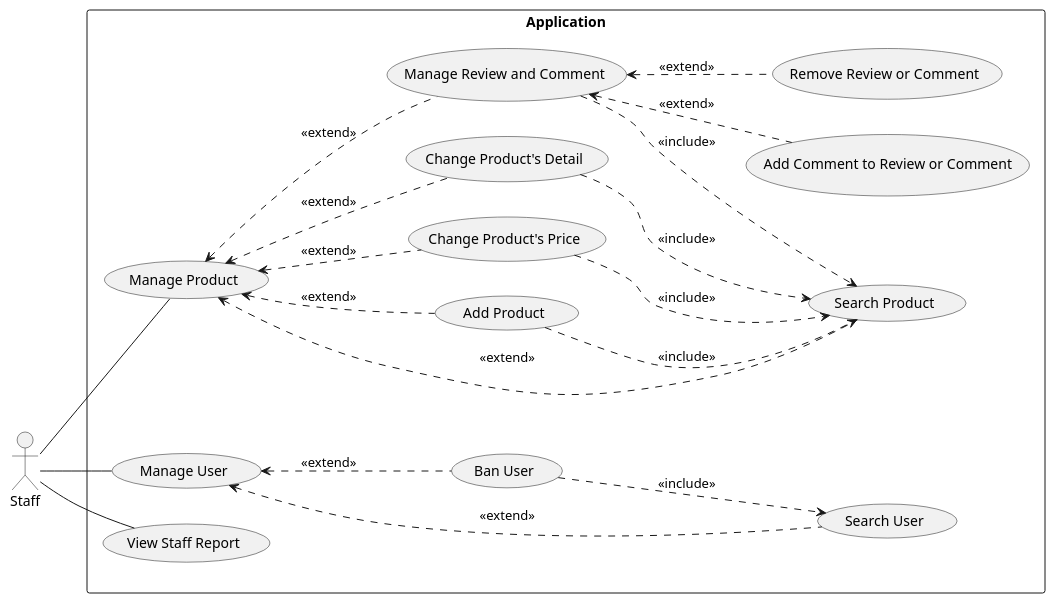
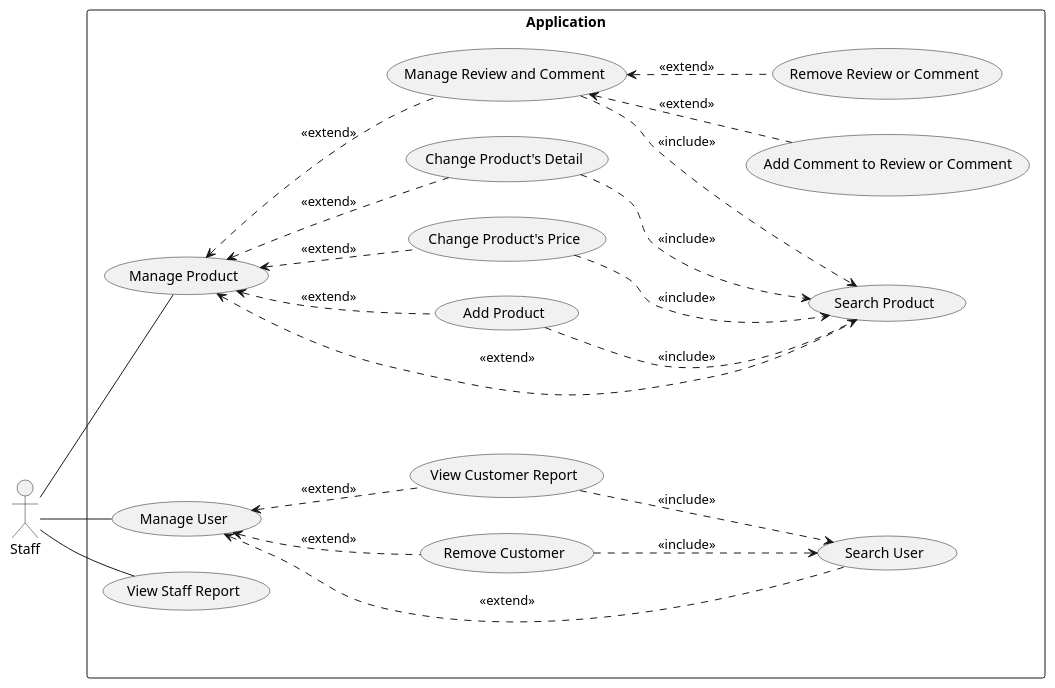
One commit to electricilies/electricilies.github.io changed the diagram in docs/docs/usecase/staff.md. Above: the diagram before and after it, drawn with PlantUML. The commit also changed 2 other files, not shown here.

Commit message:
feat: bla bla admin and adjust a bit staff and user

````diff
--- a/docs/docs/usecase/staff.md
+++ b/docs/docs/usecase/staff.md
@@ -3,41 +3,44 @@
 ```plantuml
 @startuml
 left to right direction
 actor Staff
 
 rectangle "Application" {
   usecase UC01 as "Manage Product"
   usecase UC02 as "Search Product"
   usecase UC03 as "Add Product"
   usecase UC04 as "Change Product's Price"
   usecase UC05 as "Change Product's Detail"
   usecase UC06 as "Manage Review and Comment"
   usecase UC07 as "Add Comment to Review or Comment"
   usecase UC08 as "Remove Review or Comment"
   usecase UC09 as "Manage User"
   usecase UC10 as "Search User"
-  usecase UC11 as "Ban User"
-  usecase UC12 as "View Staff Report"
+  usecase UC11 as "Remove Customer"
+  usecase UC12 as "View Customer Report"
+  usecase UC13 as "View Staff Report"
 }
 
 Staff -- UC01
 Staff -- UC09
-Staff -- UC12
+Staff -- UC13
 
 UC01 <.. UC02 : <<extend>>
 UC01 <.. UC03 : <<extend>>
 UC01 <.. UC04 : <<extend>>
 UC01 <.. UC05 : <<extend>>
 UC01 <.. UC06 : <<extend>>
 UC03 ..> UC02 : <<include>>
 UC04 ..> UC02 : <<include>>
 UC05 ..> UC02 : <<include>>
 UC06 ..> UC02 : <<include>>
 UC06 <.. UC07 : <<extend>>
 UC06 <.. UC08 : <<extend>>
 UC09 <.. UC10 : <<extend>>
 UC09 <.. UC11 : <<extend>>
+UC09 <.. UC12 : <<extend>>
 UC11 ..> UC10 : <<include>>
+UC12 ..> UC10 : <<include>>
 
 @enduml
 ```
````
